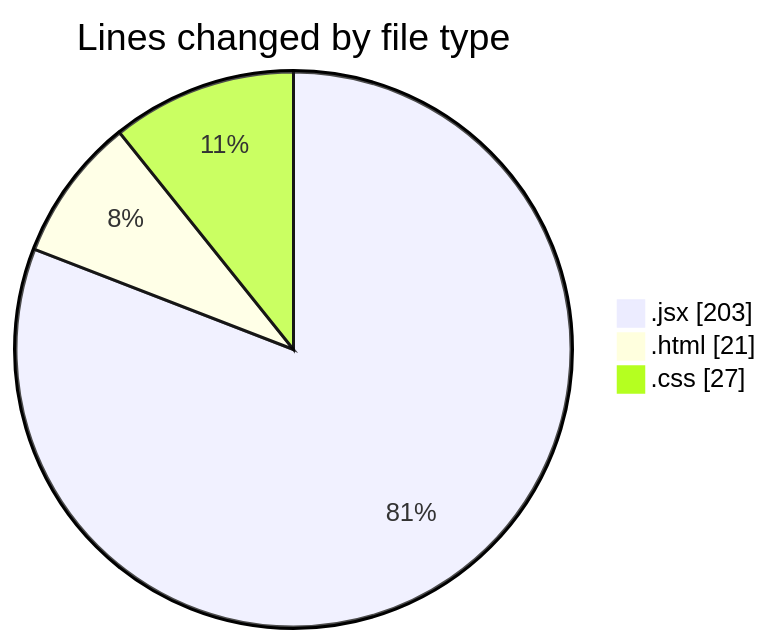
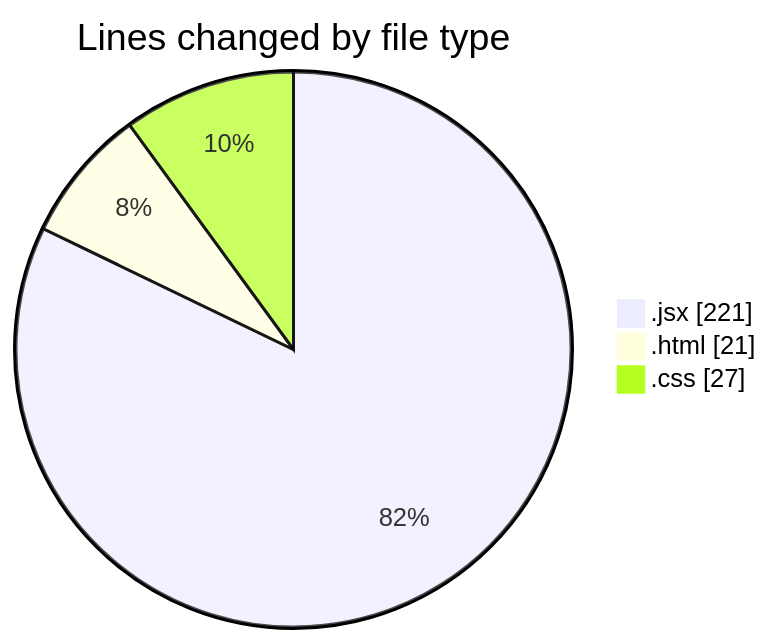
The first of 2 diagrams in 2025-02-13/elitegpt/README.md (Elitesun/code-tracking), drawn with Mermaid before and after one commit. The commit also changed other lines of this file and 1 other file, not shown here.

````diff
--- a/2025-02-13/elitegpt/README.md
+++ b/2025-02-13/elitegpt/README.md
@@ -26,7 +26,7 @@
 ```mermaid
 pie showData
 title Lines changed by file type
-".jsx" : 203
+".jsx" : 221
 ".html" : 21
 ".css" : 27
 ```
````
